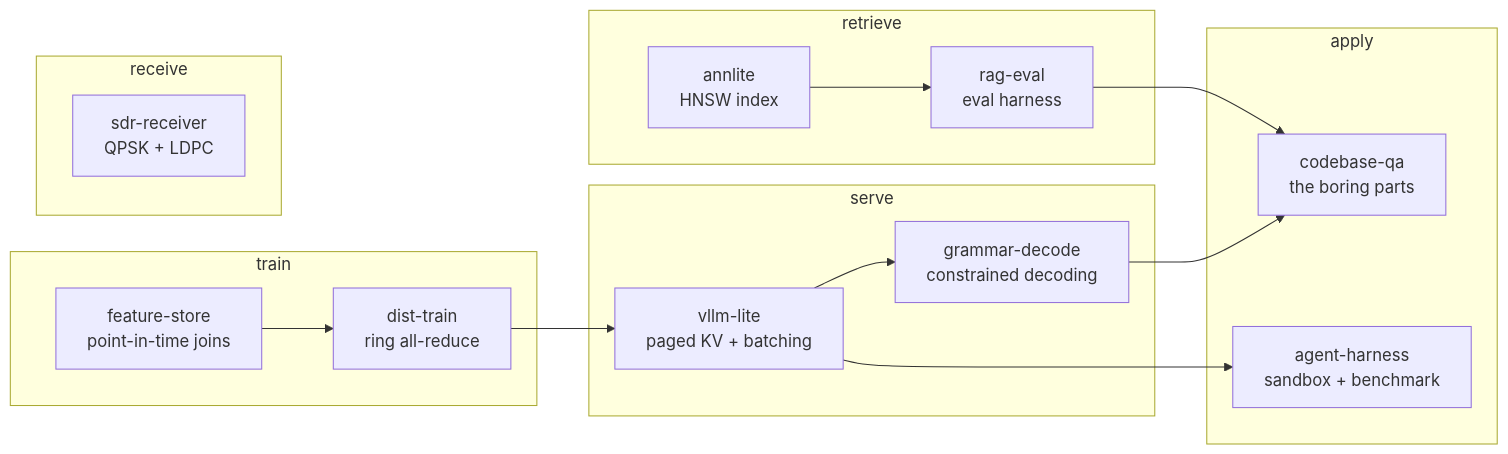
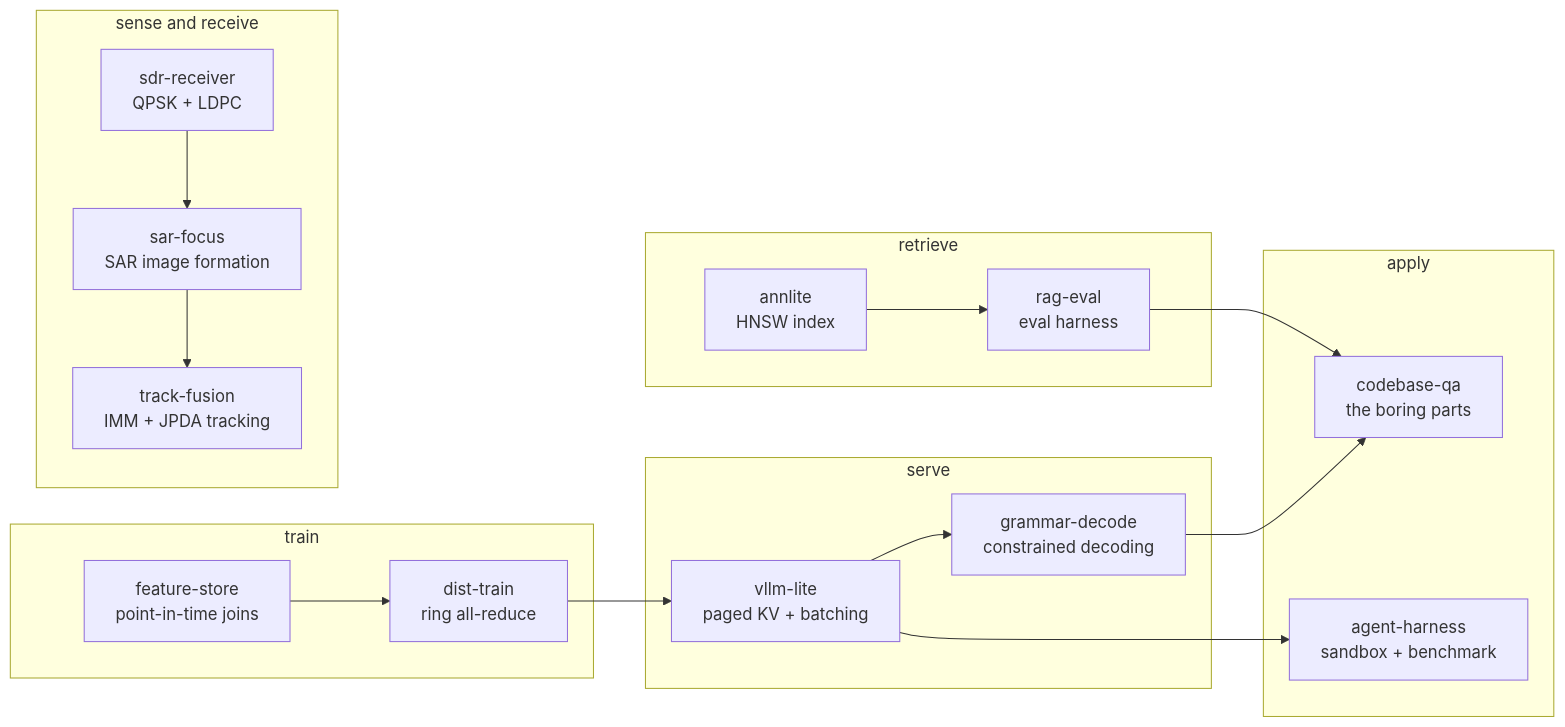
Before and after one commit to asp53826/asp53826: the diagram in README.md, drawn with Mermaid. The commit also changed other lines of this file and 3 other files, not shown here.

First line of the commit message:
Restore track-fusion and add sar-focus alongside sdr-receiver

````diff
--- a/README.md
+++ b/README.md
@@ -43,27 +47,30 @@
 ```mermaid
 flowchart LR
   subgraph TRAIN [train]
     B[feature-store<br/>point-in-time joins]
     A[dist-train<br/>ring all-reduce]
   end
   subgraph SERVE [serve]
     C[vllm-lite<br/>paged KV + batching]
     D[grammar-decode<br/>constrained decoding]
   end
   subgraph RETRIEVE [retrieve]
     E[annlite<br/>HNSW index]
     F[rag-eval<br/>eval harness]
   end
   subgraph APPLY [apply]
     G[agent-harness<br/>sandbox + benchmark]
     H[codebase-qa<br/>the boring parts]
   end
-  subgraph SIGNAL [receive]
+  subgraph SIGNAL [sense and receive]
     I[sdr-receiver<br/>QPSK + LDPC]
+    J[sar-focus<br/>SAR image formation]
+    K[track-fusion<br/>IMM + JPDA tracking]
   end
 
   B --> A --> C --> D
   E --> F --> H
   C --> G
   D --> H
+  I --> J --> K
 ```
````
